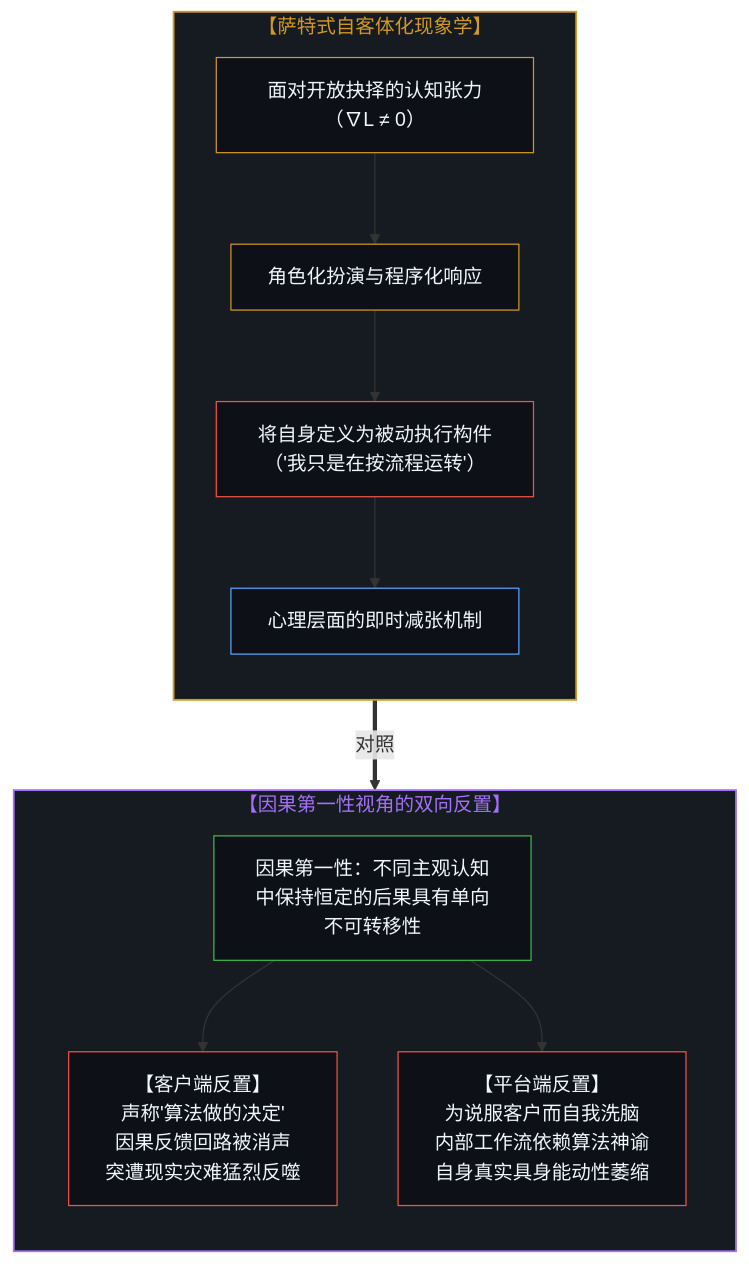
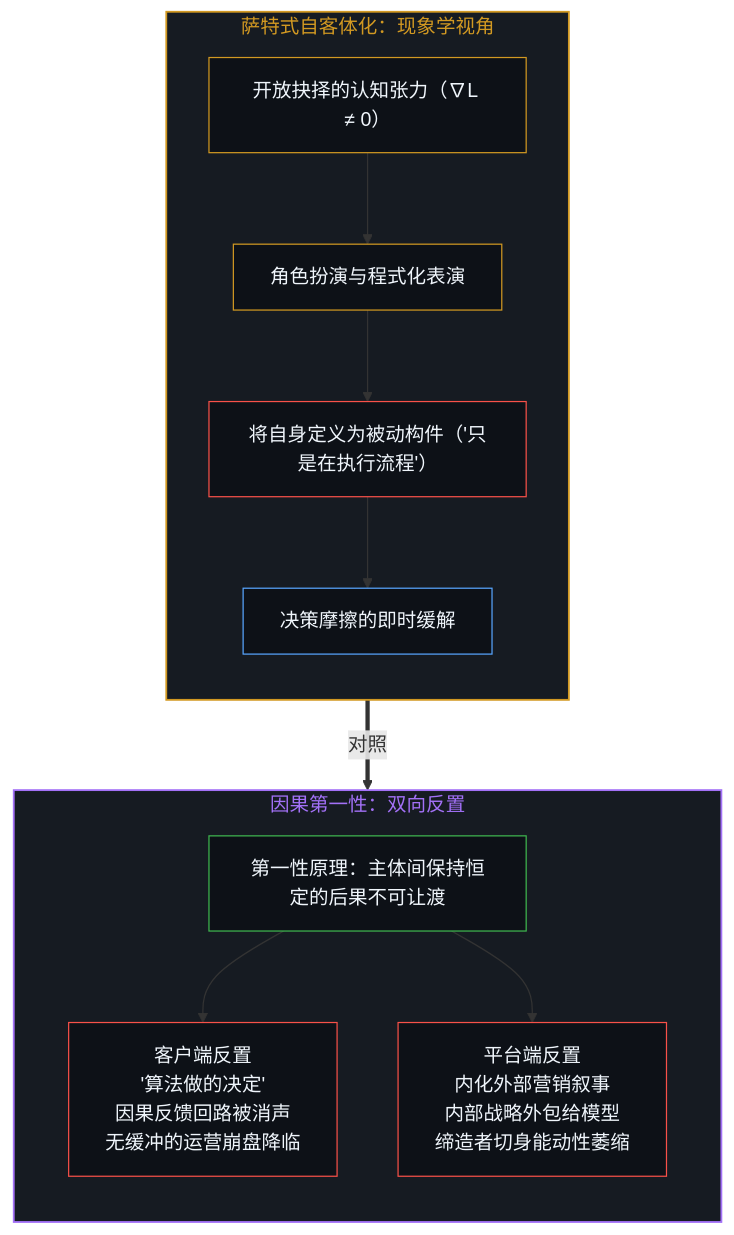
The seventh of 12 diagrams in content/posts/the-delegation-of-the-task-and-the-inalienability-of-consequences.md (powerpig99/not-a-toe), drawn with Mermaid before and after one commit. The commit also changed other lines of this file and 1 other file, not shown here.

Commit message:
Refine L1 #8 (Wave 3): the-delegation-of-the-task-and-the-inalienability-of-consequences

````diff
--- a/content/posts/the-delegation-of-the-task-and-the-inalienability-of-consequences.md
+++ b/content/posts/the-delegation-of-the-task-and-the-inalienability-of-consequences.md
@@ -241,28 +237,28 @@
 ```mermaid
-graph TD
-    subgraph Sartrean_Phenomenology["【萨特式自客体化现象学】"]
+flowchart TD
+    subgraph S_Sartre["萨特式自客体化：现象学视角"]
         direction TB
-        S1["面对开放抉择的认知张力（∇L ≠ 0）"] --> S2["角色化扮演与程序化响应"]
-        S2 --> S3["将自身定义为被动执行构件（'我只是在按流程运转'）"]
-        S3 --> S4["心理层面的即时减张机制"]
+        S1["开放抉择的认知张力（∇L ≠ 0）"] --> S2["角色扮演与程式化表演"]
+        S2 --> S3["将自身定义为被动构件（'只是在执行流程'）"]
+        S3 --> S4["决策摩擦的即时缓解"]
     end
 
-    subgraph Causal_First_Principles["【因果第一性视角的双向反置】"]
+    subgraph S_FirstPrinciples["因果第一性：双向反置"]
         direction TB
-        C_Origin["因果第一性：不同主观认知中保持恒定的后果具有单向不可转移性"]
-        C_Origin --> B_Client["【客户端反置】<br/>声称'算法做的决定'<br/>因果反馈回路被消声<br/>突遭现实灾难猛烈反噬"]
-        C_Origin --> B_Platform["【平台端反置】<br/>为说服客户而自我洗脑<br/>内部工作流依赖算法神谕<br/>自身真实具身能动性萎缩"]
+        C_Origin["第一性原理：主体间保持恒定的后果不可让渡"]
+        C_Origin --> B_Client["客户端反置<br/>'算法做的决定'<br/>因果反馈回路被消声<br/>无缓冲的运营崩盘降临"]
+        C_Origin --> B_Platform["平台端反置<br/>内化外部营销叙事<br/>内部战略外包给模型<br/>缔造者切身能动性萎缩"]
     end
 
-    Sartrean_Phenomenology ==>|"对照"| Causal_First_Principles
+    S_Sartre ==>|"对照"| S_FirstPrinciples
 
-    style Sartrean_Phenomenology fill:#161b22,stroke:#d29922,stroke-width:1.5px,color:#d29922
-    style Causal_First_Principles fill:#161b22,stroke:#a371f7,stroke-width:1.5px,color:#a371f7
+    style S_Sartre fill:#161b22,stroke:#d29922,stroke-width:1.5px,color:#d29922
+    style S_FirstPrinciples fill:#161b22,stroke:#a371f7,stroke-width:1.5px,color:#a371f7
     style S1 fill:#0d1117,stroke:#d29922,stroke-width:1px,color:#f0f6fc
     style S2 fill:#0d1117,stroke:#d29922,stroke-width:1px,color:#f0f6fc
     style S3 fill:#0d1117,stroke:#f85149,stroke-width:1px,color:#f0f6fc
     style S4 fill:#0d1117,stroke:#58a6ff,stroke-width:1px,color:#f0f6fc
     style C_Origin fill:#0d1117,stroke:#3fb950,stroke-width:1px,color:#f0f6fc
     style B_Client fill:#0d1117,stroke:#f85149,stroke-width:1px,color:#f0f6fc
     style B_Platform fill:#0d1117,stroke:#f85149,stroke-width:1px,color:#f0f6fc
 ```
````
